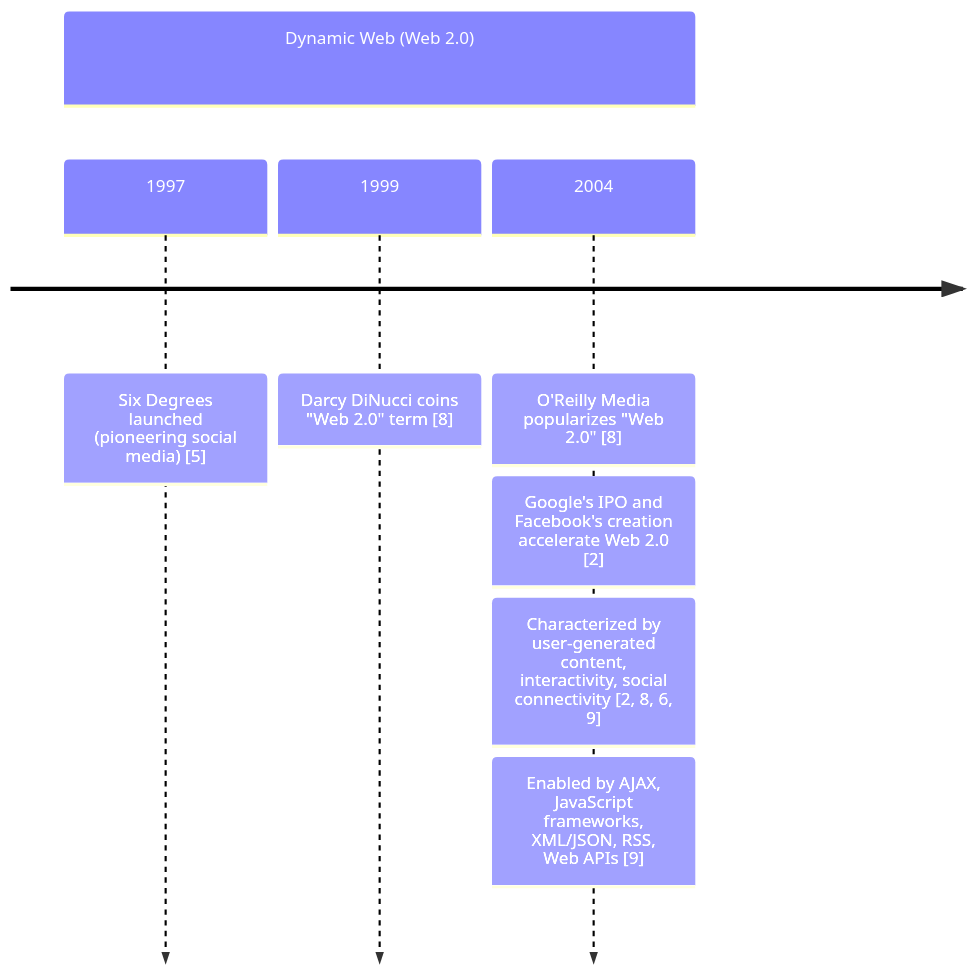
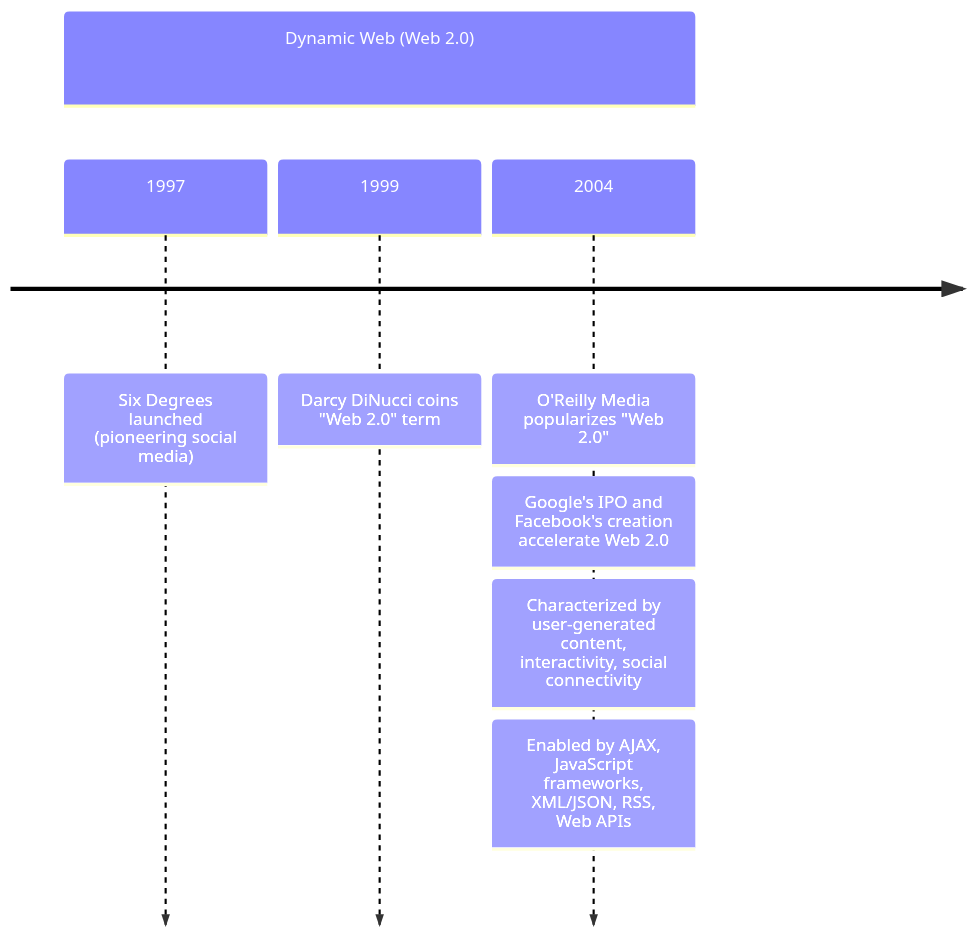
Before and after one commit to AshKash/Ashwin-portfolio: the second of 7 diagrams in content/posts/conversational-commerce-revolution.md, drawn with Mermaid. The commit also changed other lines of this file, not shown here.

Commit message:
Clean up mermaid timeline diagrams by removing reference numbers

```diff
--- a/content/posts/conversational-commerce-revolution.md
+++ b/content/posts/conversational-commerce-revolution.md
@@ -29,10 +29,10 @@
 {{< mermaid >}}
 timeline 
         section Dynamic Web (Web 2.0)
-          1997 : Six Degrees launched (pioneering social media) [5]
-          1999 : Darcy DiNucci coins "Web 2.0" term [8]
-          2004 : O'Reilly Media popularizes "Web 2.0" [8]
-                  : Google's IPO and Facebook's creation accelerate Web 2.0 [2]
-                  : Characterized by user-generated content, interactivity, social connectivity [2, 8, 6, 9]
-                  : Enabled by AJAX, JavaScript frameworks, XML/JSON, RSS, Web APIs [9]
+          1997 : Six Degrees launched (pioneering social media)
+          1999 : Darcy DiNucci coins "Web 2.0" term
+          2004 : O'Reilly Media popularizes "Web 2.0"
+                  : Google's IPO and Facebook's creation accelerate Web 2.0
+                  : Characterized by user-generated content, interactivity, social connectivity
+                  : Enabled by AJAX, JavaScript frameworks, XML/JSON, RSS, Web APIs
 {{< /mermaid >}}
```
